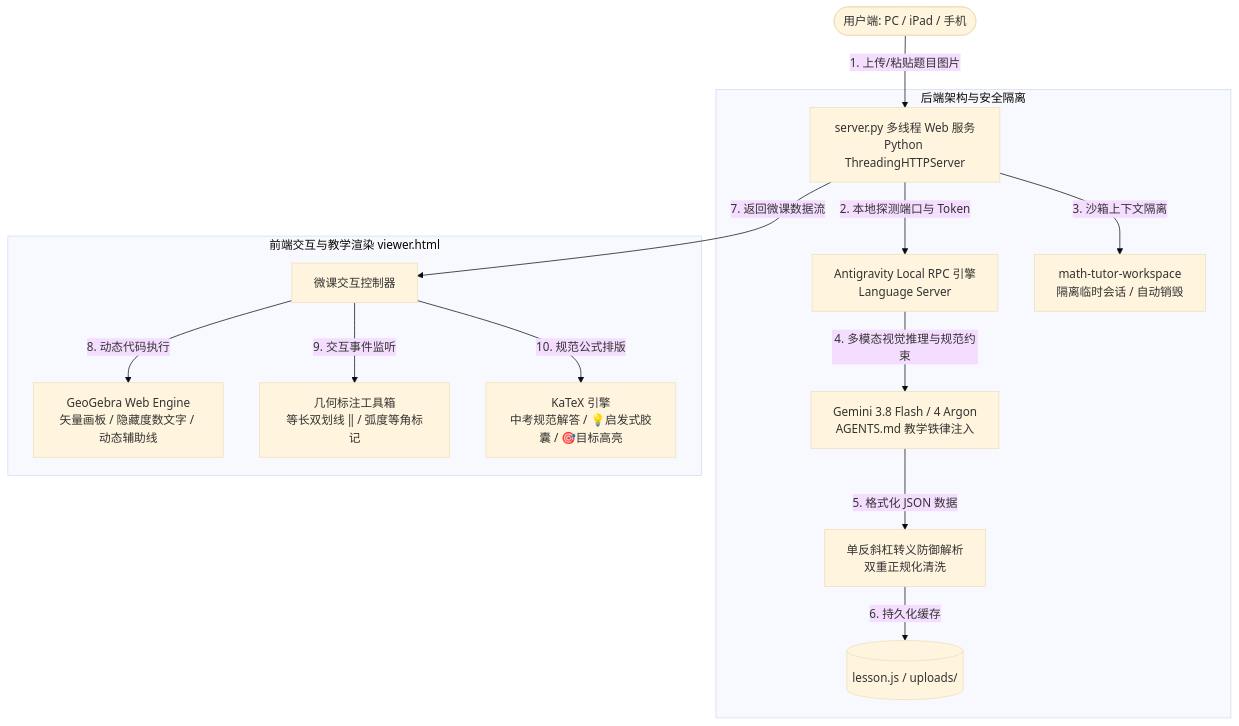
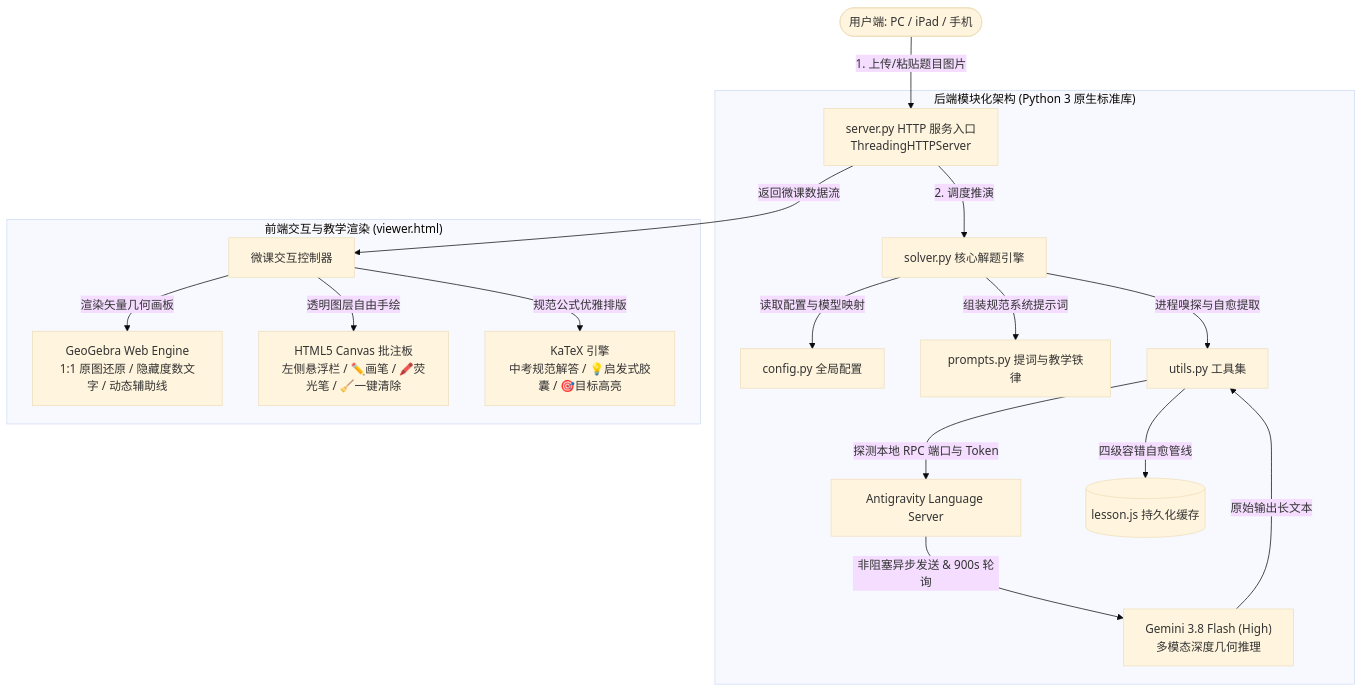
The diagram in README.md (kkt0474/math_tutor), drawn with Mermaid (base theme) before and after one commit. The commit also changed other lines of this file and 4 other files, not shown here.

````diff
--- a/README.md
+++ b/README.md
@@ -33,19 +41,22 @@
 ```mermaid
 flowchart TD
-    User(["用户端: PC / iPad / 手机"]) -->|1. 上传/粘贴题目图片| Server["server.py 多线程 Web 服务<br/>Python ThreadingHTTPServer"]
+    User(["用户端: PC / iPad / 手机"]) -->|1. 上传/粘贴题目图片| Server["server.py HTTP 服务入口<br/>ThreadingHTTPServer"]
     
-    subgraph Backend ["后端架构与安全隔离"]
-        Server -->|2. 本地探测端口与 Token| LocalRPC["Antigravity Local RPC 引擎<br/>Language Server"]
-        Server -->|3. 沙箱上下文隔离| Sandbox["math-tutor-workspace<br/>隔离临时会话 / 自动销毁"]
-        LocalRPC -->|4. 多模态视觉推理与规范约束| Model["Gemini 3.8 Flash / 4 Argon<br/>AGENTS.md 教学铁律注入"]
-        Model -->|5. 格式化 JSON 数据| ParseDefense["单反斜杠转义防御解析<br/>双重正规化清洗"]
-        ParseDefense -->|6. 持久化缓存| LessonStorage[("lesson.js / uploads/")]
+    subgraph Backend ["后端模块化架构 (Python 3 原生标准库)"]
+        Server -->|2. 调度推演| Solver["solver.py 核心解题引擎"]
+        Solver -->|读取配置与模型映射| Config["config.py 全局配置"]
+        Solver -->|组装规范系统提示词| Prompts["prompts.py 提词与教学铁律"]
+        Solver -->|进程嗅探与自愈提取| Utils["utils.py 工具集"]
+        Utils -->|探测本地 RPC 端口与 Token| LocalRPC["Antigravity Language Server"]
+        LocalRPC -->|非阻塞异步发送 & 900s 轮询| Model["Gemini 3.8 Flash (High)<br/>多模态深度几何推理"]
+        Model -->|原始输出长文本| Utils
+        Utils -->|四级容错自愈管线| LessonStorage[("lesson.js 持久化缓存")]
     end
 
-    subgraph Frontend ["前端交互与教学渲染 viewer.html"]
-        Server -->|7. 返回微课数据流| ViewCtrl["微课交互控制器"]
-        ViewCtrl -->|8. 动态代码执行| GGB["GeoGebra Web Engine<br/>矢量画板 / 隐藏度数文字 / 动态辅助线"]
-        ViewCtrl -->|9. 交互事件监听| Annotate["几何标注工具箱<br/>等长双划线 ‖ / 弧度等角标记"]
-        ViewCtrl -->|10. 规范公式排版| KaTeX["KaTeX 引擎<br/>中考规范解答 / 💡启发式胶囊 / 🎯目标高亮"]
+    subgraph Frontend ["前端交互与教学渲染 (viewer.html)"]
+        Server -->|返回微课数据流| ViewCtrl["微课交互控制器"]
+        ViewCtrl -->|渲染矢量几何画板| GGB["GeoGebra Web Engine<br/>1:1 原图还原 / 隐藏度数文字 / 动态辅助线"]
+        ViewCtrl -->|透明图层自由手绘| CanvasLayer["HTML5 Canvas 批注板<br/>左侧悬浮栏 / ✏️画笔 / 🖍️荧光笔 / 🧹一键清除"]
+        ViewCtrl -->|规范公式优雅排版| KaTeX["KaTeX 引擎<br/>中考规范解答 / 💡启发式胶囊 / 🎯目标高亮"]
     end
 ```
````
